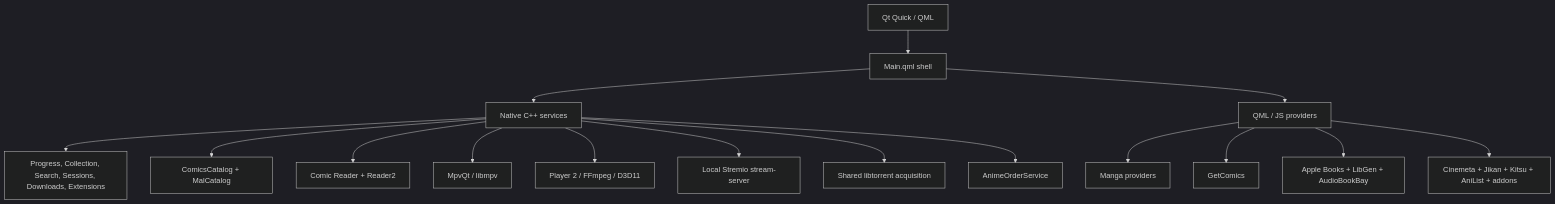
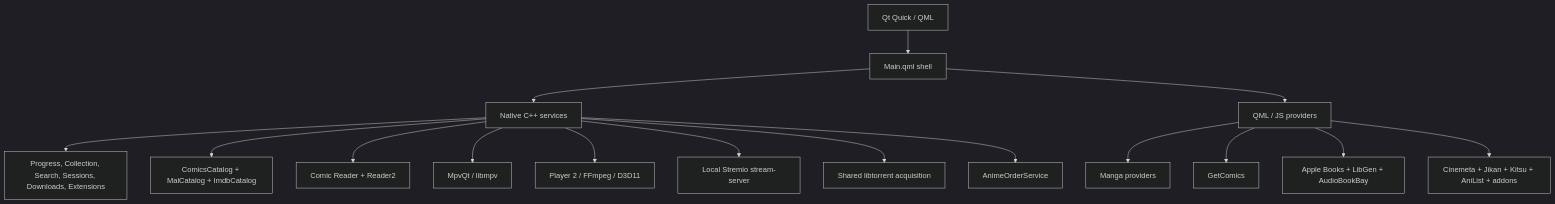
Before and after one commit to kingoftheseas56/Colosseum: the diagram in README.md, drawn with Mermaid (dark theme). The commit also changed other lines of this file, not shown here.

Commit message:
docs: refresh README for IMDb catalogue and gallery polish

````diff
--- a/README.md
+++ b/README.md
@@ -225,20 +237,20 @@
 ```mermaid
 flowchart TB
     UI[Qt Quick / QML] --> Shell[Main.qml shell]
     Shell --> Native[Native C++ services]
     Shell --> Providers[QML / JS providers]
 
     Native --> Stores[Progress, Collection, Search, Sessions, Downloads, Extensions]
-    Native --> Catalogs[ComicsCatalog + MalCatalog]
+    Native --> Catalogs[ComicsCatalog + MalCatalog + ImdbCatalog]
     Native --> Readers[Comic Reader + Reader2]
     Native --> Mpv[MpvQt / libmpv]
     Native --> Player2[Player 2 / FFmpeg / D3D11]
     Native --> StreamServer[Local Stremio stream-server]
     Native --> Tankorent[Shared libtorrent acquisition]
     Native --> AnimeOrder[AnimeOrderService]
 
     Providers --> Manga[Manga providers]
     Providers --> Comics[GetComics]
     Providers --> Books[Apple Books + LibGen + AudioBookBay]
     Providers --> Theatre[Cinemeta + Jikan + Kitsu + AniList + addons]
 ```
````
